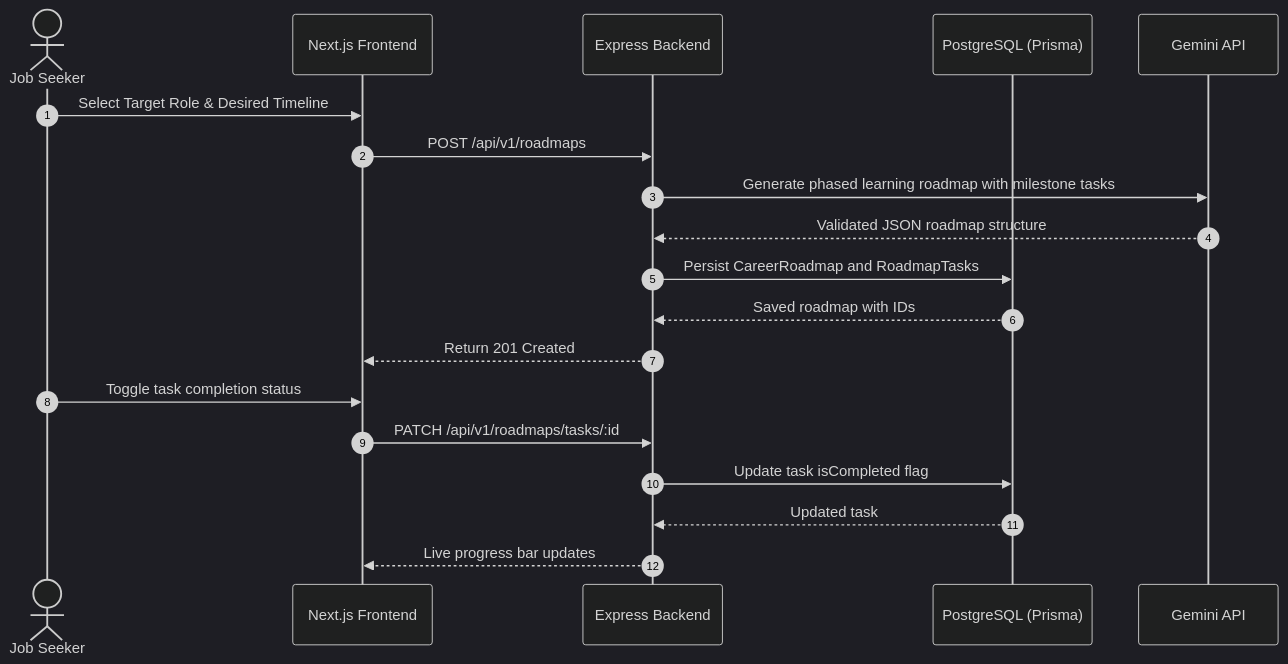
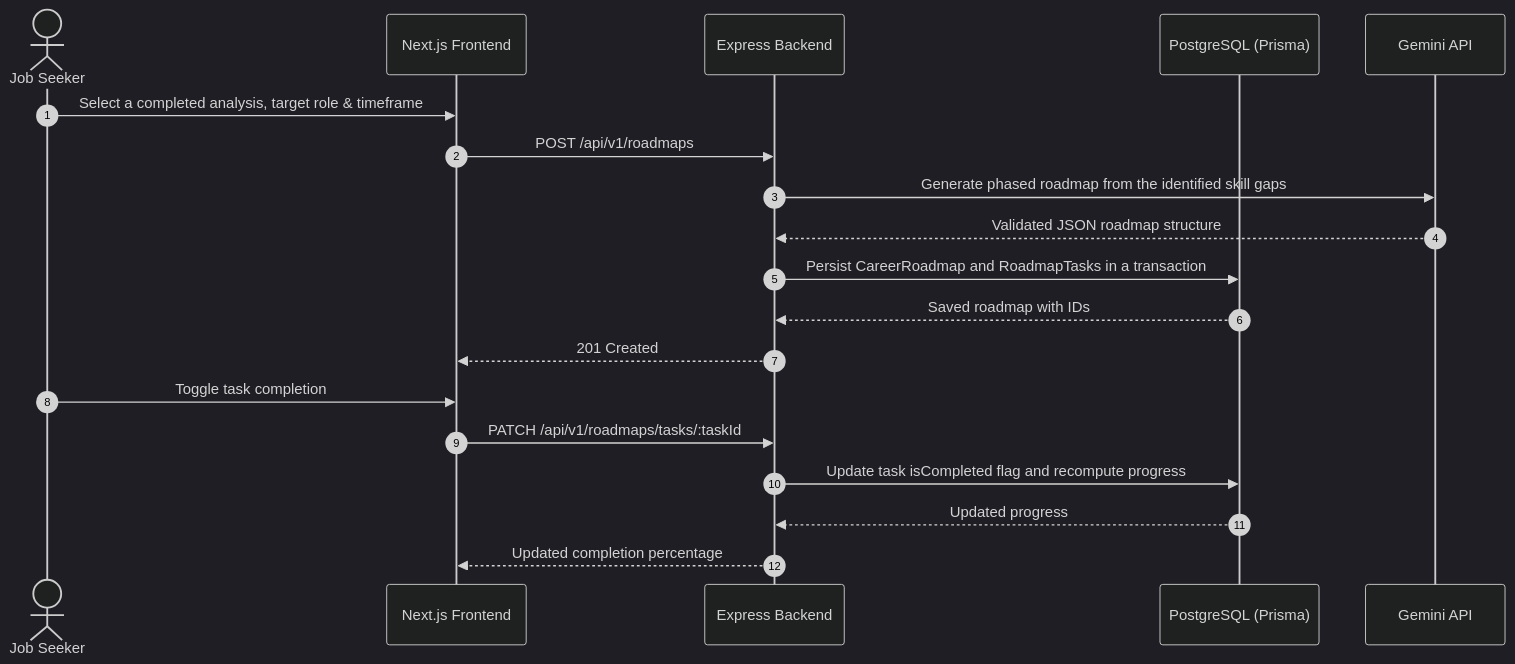
Before and after one commit to bashar35790/CareerPilot-AI: the third of 3 diagrams in docs/PROJECT_PLAN.md, drawn with Mermaid (dark theme). The commit also changed other lines of this file and 11 other files, not shown here.

````diff
--- a/docs/PROJECT_PLAN.md
+++ b/docs/PROJECT_PLAN.md
@@ -117,22 +110,22 @@
 ```mermaid
 sequenceDiagram
     autonumber
     actor User as Job Seeker
     participant UI as Next.js Frontend
     participant API as Express Backend
     participant DB as PostgreSQL (Prisma)
     participant AI as Gemini API
 
-    User->>UI: Select Target Role & Desired Timeline
+    User->>UI: Select a completed analysis, target role & timeframe
     UI->>API: POST /api/v1/roadmaps
-    API->>AI: Generate phased learning roadmap with milestone tasks
+    API->>AI: Generate phased roadmap from the identified skill gaps
     AI-->>API: Validated JSON roadmap structure
-    API->>DB: Persist CareerRoadmap and RoadmapTasks
+    API->>DB: Persist CareerRoadmap and RoadmapTasks in a transaction
     DB-->>API: Saved roadmap with IDs
-    API-->>UI: Return 201 Created
-    User->>UI: Toggle task completion status
-    UI->>API: PATCH /api/v1/roadmaps/tasks/:id
-    API->>DB: Update task isCompleted flag
-    DB-->>API: Updated task
-    API-->>UI: Live progress bar updates
+    API-->>UI: 201 Created
+    User->>UI: Toggle task completion
+    UI->>API: PATCH /api/v1/roadmaps/tasks/:taskId
+    API->>DB: Update task isCompleted flag and recompute progress
+    DB-->>API: Updated progress
+    API-->>UI: Updated completion percentage
 ```
````
